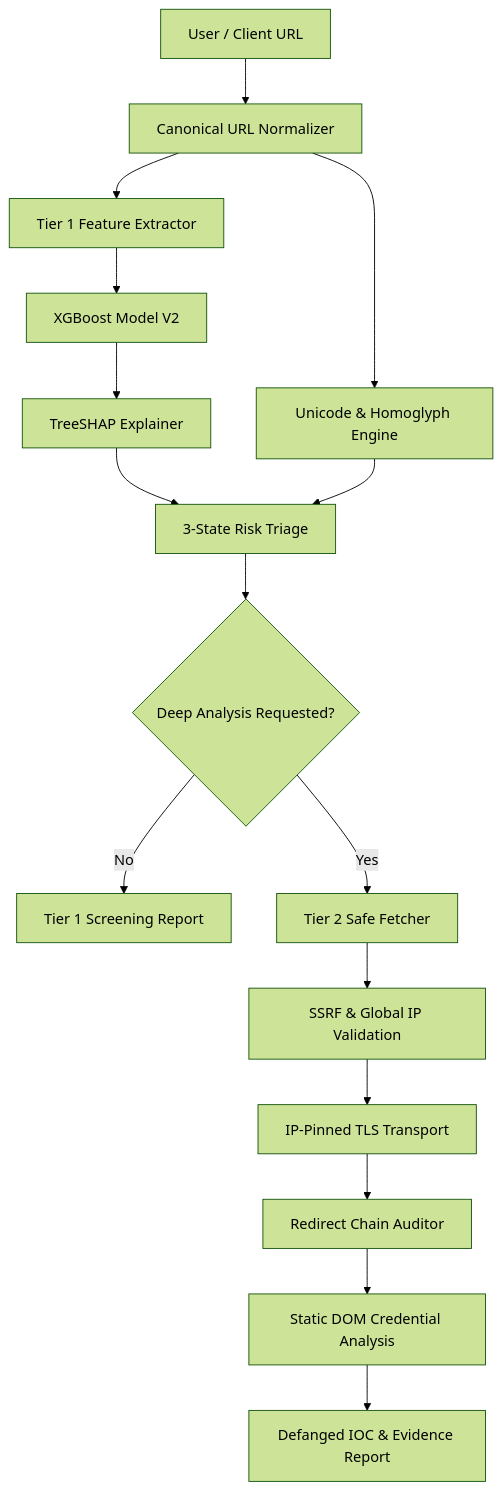
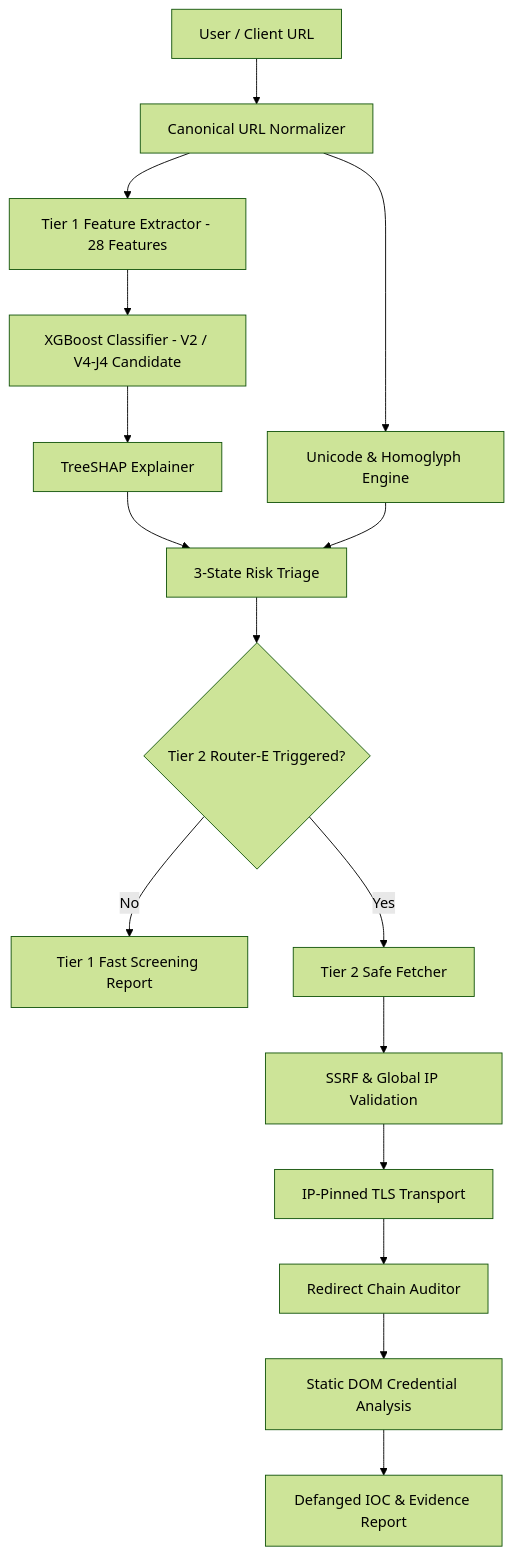
One commit to Chinnampavansai2008/WEB-SHIELD-PHISHING-DETECTION changed the diagram in README.md. Above: the diagram before and after it, drawn with Mermaid (forest theme). The commit also changed other lines of this file and 18 other files, not shown here.

````diff
--- a/README.md
+++ b/README.md
@@ -27,18 +34,18 @@
 ```mermaid
 flowchart TD
     A[User / Client URL] --> B[Canonical URL Normalizer]
-    B --> C[Tier 1 Feature Extractor]
-    C --> D[XGBoost Model V2]
+    B --> C[Tier 1 Feature Extractor - 28 Features]
+    C --> D[XGBoost Classifier - V2 / V4-J4 Candidate]
     D --> E[TreeSHAP Explainer]
     B --> F[Unicode & Homoglyph Engine]
     E --> G[3-State Risk Triage]
     F --> G
-    G --> H{Deep Analysis Requested?}
-    H -->|No| I[Tier 1 Screening Report]
+    G --> H{Tier 2 Router-E Triggered?}
+    H -->|No| I[Tier 1 Fast Screening Report]
     H -->|Yes| J[Tier 2 Safe Fetcher]
     J --> K[SSRF & Global IP Validation]
     K --> L[IP-Pinned TLS Transport]
     L --> M[Redirect Chain Auditor]
     M --> N[Static DOM Credential Analysis]
     N --> O[Defanged IOC & Evidence Report]
 ```
````
